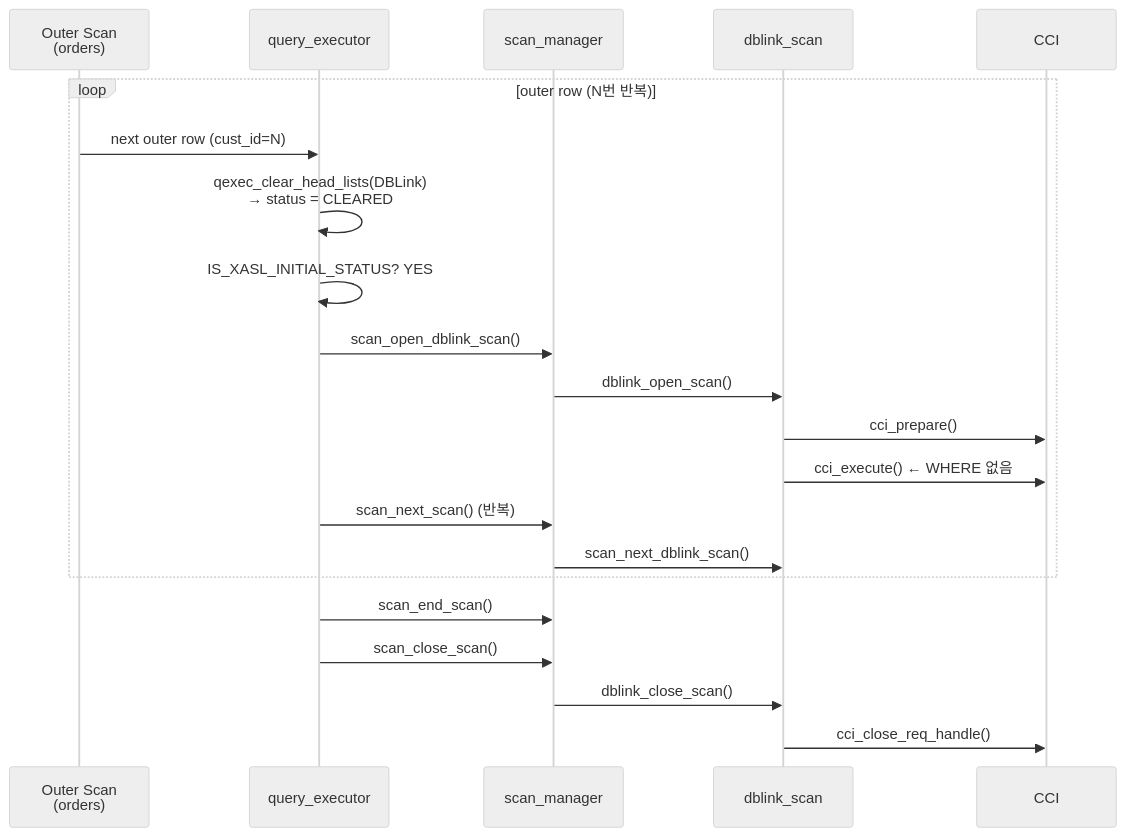
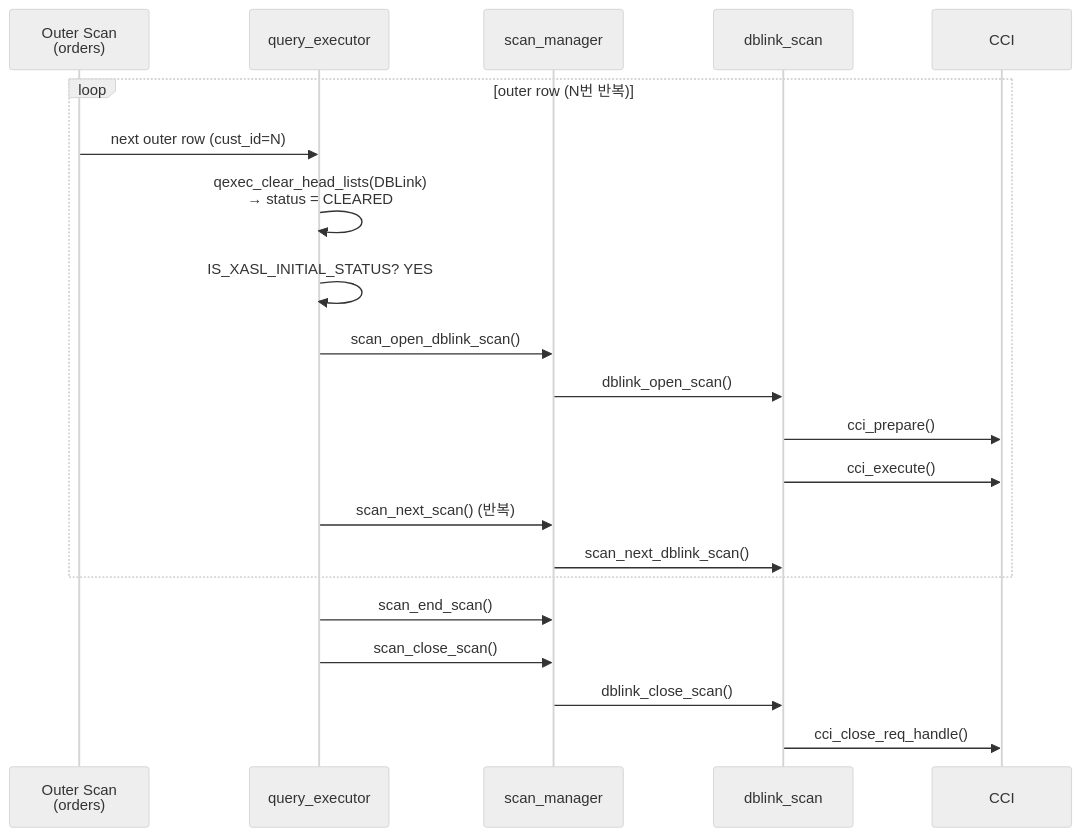
Before and after one commit to kwangsoochae/cubrid: the first of 2 diagrams in CBRD-26601_dblink_correlated/docs/06_dblink_correlated_Guide.md, drawn with Mermaid (neutral theme). The commit also changed other lines of this file and 1 other file, not shown here.

````diff
--- a/CBRD-26601_dblink_correlated/docs/06_dblink_correlated_Guide.md
+++ b/CBRD-26601_dblink_correlated/docs/06_dblink_correlated_Guide.md
@@ -188,24 +185,24 @@
 ```mermaid
 sequenceDiagram
   participant Outer as Outer Scan<br/>(orders)
   participant Exec as query_executor
   participant SMgr as scan_manager
   participant Scan as dblink_scan
   participant CCI as CCI
 
   loop outer row (N번 반복)
     Outer->>Exec: next outer row (cust_id=N)
     Exec->>Exec: qexec_clear_head_lists(DBLink)<br/>→ status = CLEARED
     Exec->>Exec: IS_XASL_INITIAL_STATUS? YES
     Exec->>SMgr: scan_open_dblink_scan()
     SMgr->>Scan: dblink_open_scan()
     Scan->>CCI: cci_prepare()
-    Scan->>CCI: cci_execute()  ← WHERE 없음
+    Scan->>CCI: cci_execute()
     Exec->>SMgr: scan_next_scan() (반복)
     SMgr->>Scan: scan_next_dblink_scan()
   end
   Exec->>SMgr: scan_end_scan()
   Exec->>SMgr: scan_close_scan()
   SMgr->>Scan: dblink_close_scan()
   Scan->>CCI: cci_close_req_handle()
 ```
````
